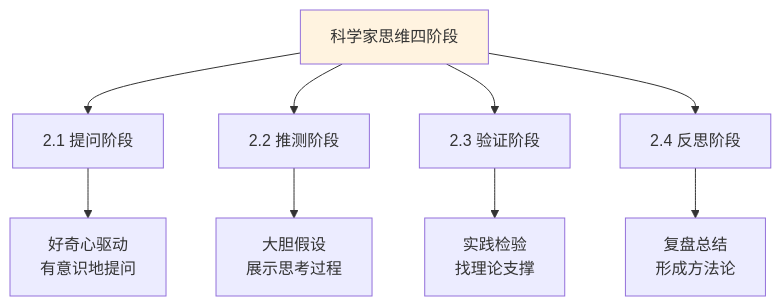
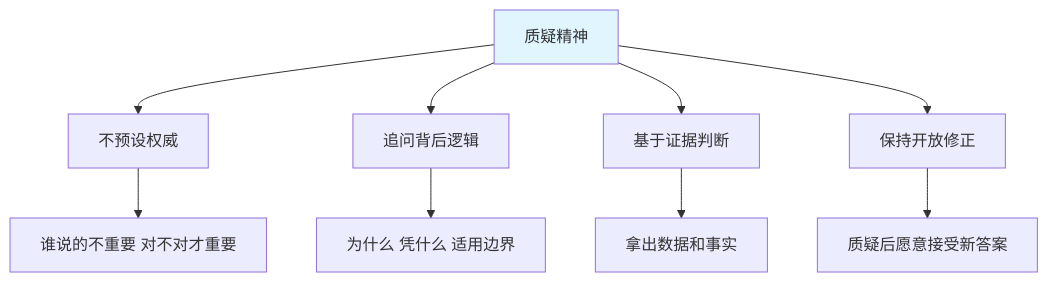
Before and after one commit to chongyang211/YCBookBlog: the first of 7 diagrams in 10.打工充平常记录/10.自我精进七课/07.底层思维的训练/7.5质疑精神的分析.md, drawn with Mermaid. The commit also changed other lines of this file and 55 other files, not shown here.

````diff
--- a/10.打工充平常记录/10.自我精进七课/07.底层思维的训练/7.5质疑精神的分析.md
+++ b/10.打工充平常记录/10.自我精进七课/07.底层思维的训练/7.5质疑精神的分析.md
@@ -48,12 +41,12 @@
 ```mermaid
 graph TD
-    A[科学家思维四阶段] --> B[2.1 提问阶段]
-    A --> C[2.2 推测阶段]
-    A --> D[2.3 验证阶段]
-    A --> E[2.4 反思阶段]
-    B --> B1[好奇心驱动<br>有意识地提问]
-    C --> C1[大胆假设<br>展示思考过程]
-    D --> D1[实践检验<br>找理论支撑]
-    E --> E1[复盘总结<br>形成方法论]
-    style A fill:#fff3e0
+    A[质疑精神] --> B[不预设权威]
+    A --> C[追问背后逻辑]
+    A --> D[基于证据判断]
+    A --> E[保持开放修正]
+    B --> B1[谁说的不重要 对不对才重要]
+    C --> C1[为什么 凭什么 适用边界]
+    D --> D1[拿出数据和事实]
+    E --> E1[质疑后愿意接受新答案]
+    style A fill:#e1f5fe
 ```
````
